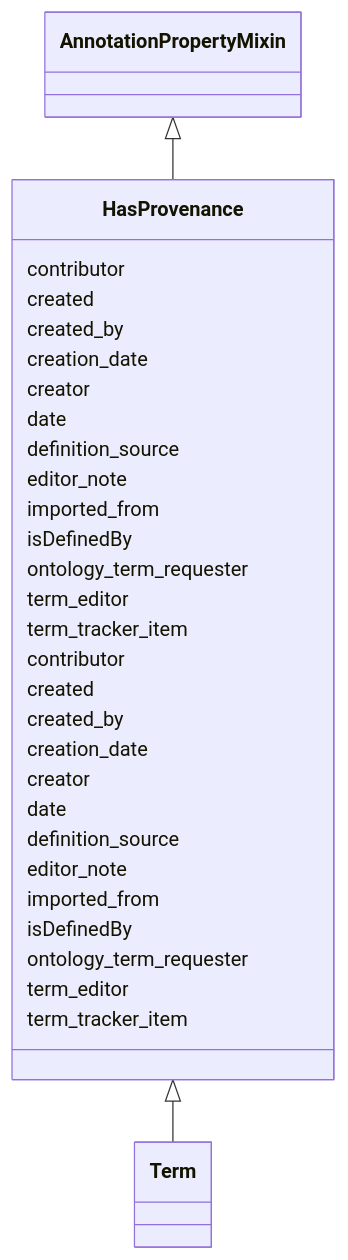
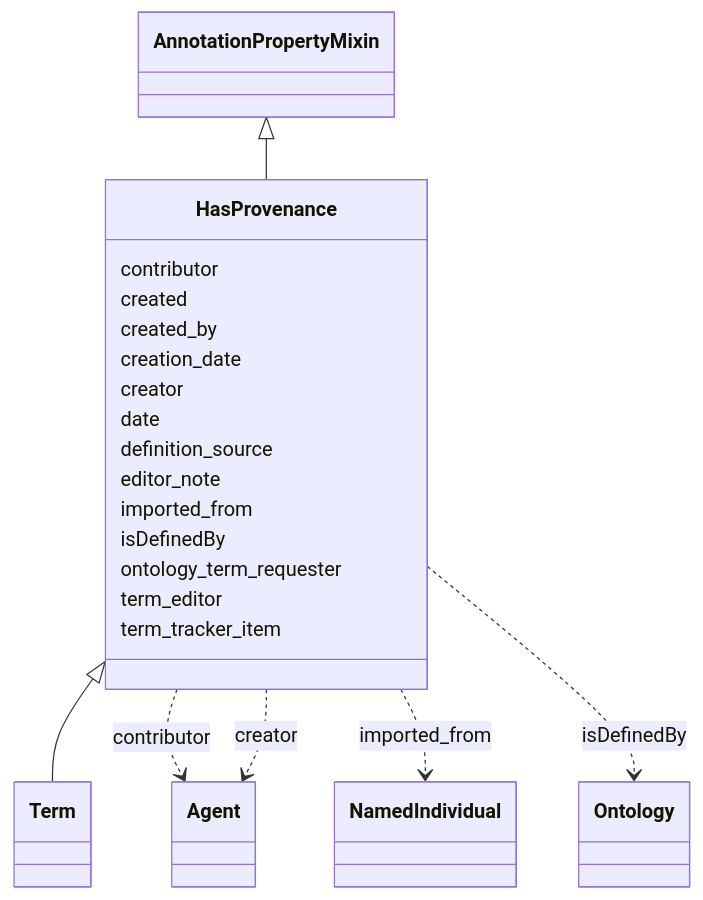
One commit to INCATools/ontology-access-kit changed the diagram in ontology-metadata/HasProvenance.md. Above: the diagram before and after it, drawn with Mermaid. The commit also changed other lines of this file and 1783 other files, not shown here.

````diff
--- a/ontology-metadata/HasProvenance.md
+++ b/ontology-metadata/HasProvenance.md
@@ -9,37 +9,45 @@
 ```{mermaid}
  classDiagram
     class HasProvenance
       AnnotationPropertyMixin <|-- HasProvenance
       
-      HasProvenance : contributor
-      HasProvenance : created
-      HasProvenance : created_by
-      HasProvenance : creation_date
-      HasProvenance : creator
-      HasProvenance : date
-      HasProvenance : definition_source
-      HasProvenance : editor_note
-      HasProvenance : imported_from
-      HasProvenance : isDefinedBy
-      HasProvenance : ontology_term_requester
-      HasProvenance : term_editor
-      HasProvenance : term_tracker_item
-      
 
       HasProvenance <|-- Term
       
+      
       HasProvenance : contributor
+        
+          HasProvenance ..> Agent : contributor
+        
       HasProvenance : created
+        
       HasProvenance : created_by
+        
       HasProvenance : creation_date
+        
       HasProvenance : creator
+        
+          HasProvenance ..> Agent : creator
+        
       HasProvenance : date
+        
       HasProvenance : definition_source
+        
       HasProvenance : editor_note
+        
       HasProvenance : imported_from
+        
+          HasProvenance ..> NamedIndividual : imported_from
+        
       HasProvenance : isDefinedBy
+        
+          HasProvenance ..> Ontology : isDefinedBy
+        
       HasProvenance : ontology_term_requester
+        
       HasProvenance : term_editor
+        
       HasProvenance : term_tracker_item
+        
       
 ```
````
